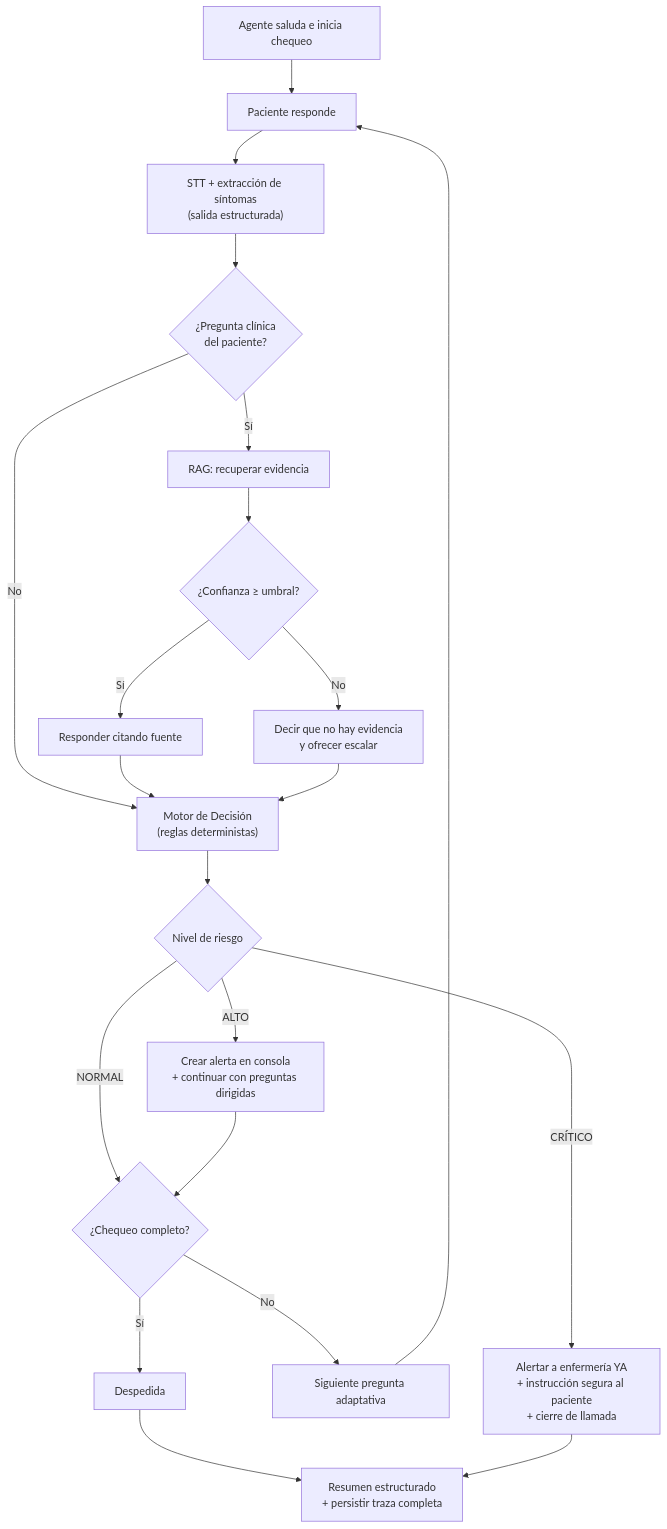
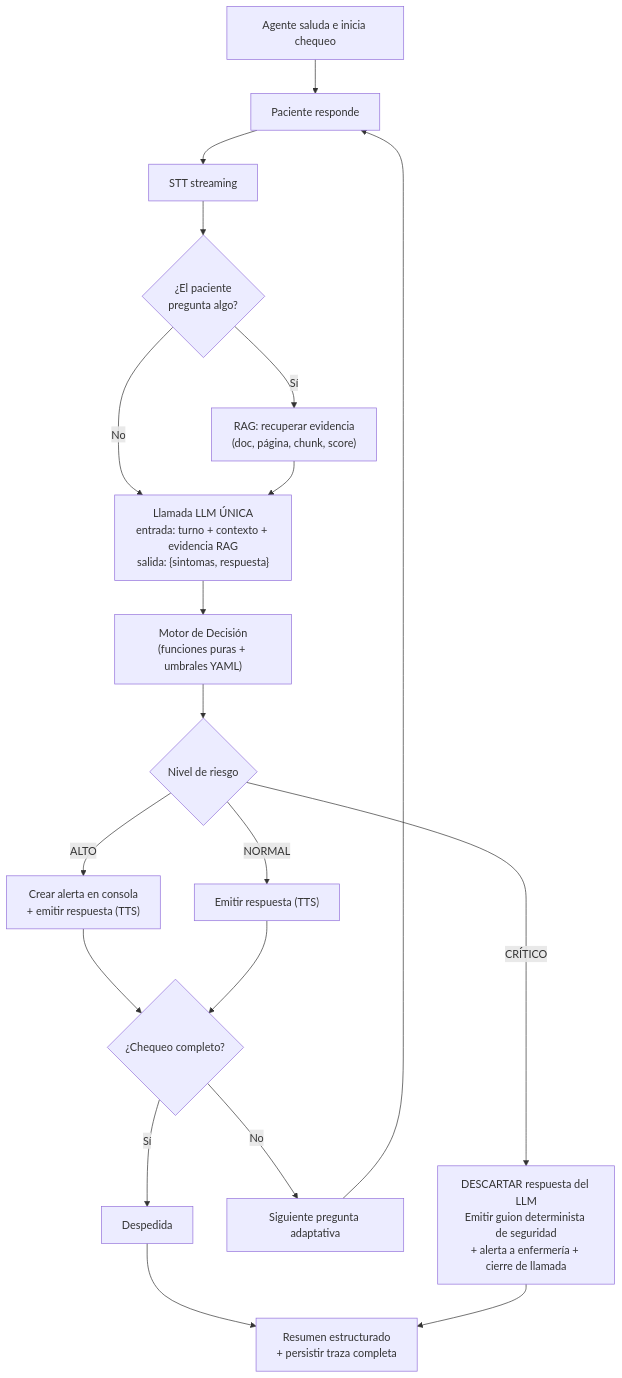
Before and after one commit to JuanmorenoPRO/clinical-voice-agent-co: the second of 2 diagrams in docs/architecture.md, drawn with Mermaid. The commit also changed other lines of this file and 3 other files, not shown here.

Commit message:
Update architecture and decision log documentation to reflect changes in voice agent decision-making process and TTS implementation

````diff
--- a/docs/architecture.md
+++ b/docs/architecture.md
@@ -136,21 +140,19 @@
 ```mermaid
 flowchart TB
     A["Agente saluda e inicia chequeo"] --> B["Paciente responde"]
-    B --> C["STT + extracción de síntomas<br/>(salida estructurada)"]
-    C --> D{"¿Pregunta clínica<br/>del paciente?"}
-    D -- "Sí" --> E["RAG: recuperar evidencia"]
-    E --> F{"¿Confianza ≥ umbral?"}
-    F -- "Sí" --> G["Responder citando fuente"]
-    F -- "No" --> H["Decir que no hay evidencia<br/>y ofrecer escalar"]
-    D -- "No" --> I["Motor de Decisión<br/>(reglas deterministas)"]
-    G --> I
-    H --> I
-    I --> J{"Nivel de riesgo"}
-    J -- "CRÍTICO" --> K["Alertar a enfermería YA<br/>+ instrucción segura al paciente<br/>+ cierre de llamada"]
-    J -- "ALTO" --> L["Crear alerta en consola<br/>+ continuar con preguntas dirigidas"]
-    J -- "NORMAL" --> M{"¿Chequeo completo?"}
-    L --> M
-    M -- "No" --> N["Siguiente pregunta adaptativa"] --> B
-    M -- "Sí" --> O["Despedida"] --> P["Resumen estructurado<br/>+ persistir traza completa"]
-    K --> P
+    B --> C["STT streaming"]
+    C --> D{"¿El paciente<br/>pregunta algo?"}
+    D -- "Sí" --> E["RAG: recuperar evidencia<br/>(doc, página, chunk, score)"]
+    D -- "No" --> F
+    E --> F["Llamada LLM ÚNICA<br/>entrada: turno + contexto + evidencia RAG<br/>salida: {sintomas, respuesta}"]
+    F --> G["Motor de Decisión<br/>(funciones puras + umbrales YAML)"]
+    G --> H{"Nivel de riesgo"}
+    H -- "CRÍTICO" --> I["DESCARTAR respuesta del LLM<br/>Emitir guion determinista de seguridad<br/>+ alerta a enfermería + cierre de llamada"]
+    H -- "ALTO" --> J["Crear alerta en consola<br/>+ emitir respuesta (TTS)"]
+    H -- "NORMAL" --> K["Emitir respuesta (TTS)"]
+    J --> L{"¿Chequeo completo?"}
+    K --> L
+    L -- "No" --> M["Siguiente pregunta adaptativa"] --> B
+    L -- "Sí" --> N["Despedida"] --> O["Resumen estructurado<br/>+ persistir traza completa"]
+    I --> O
 ```
````
